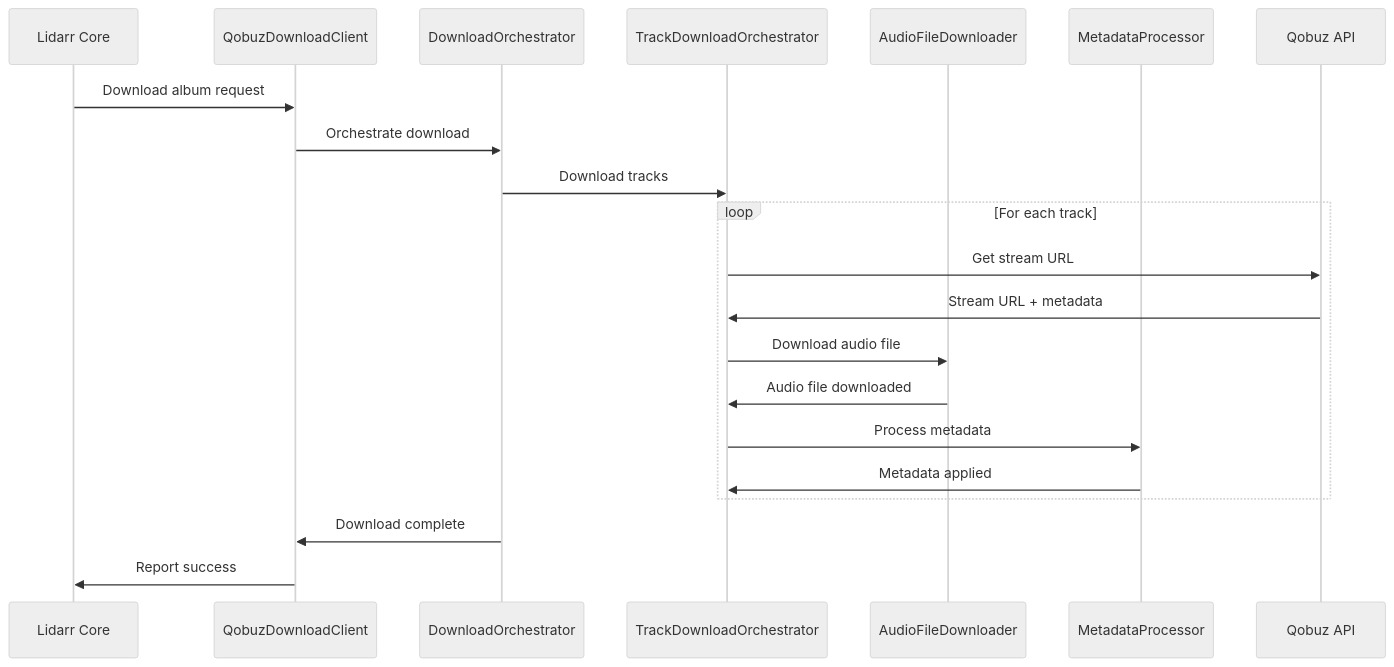
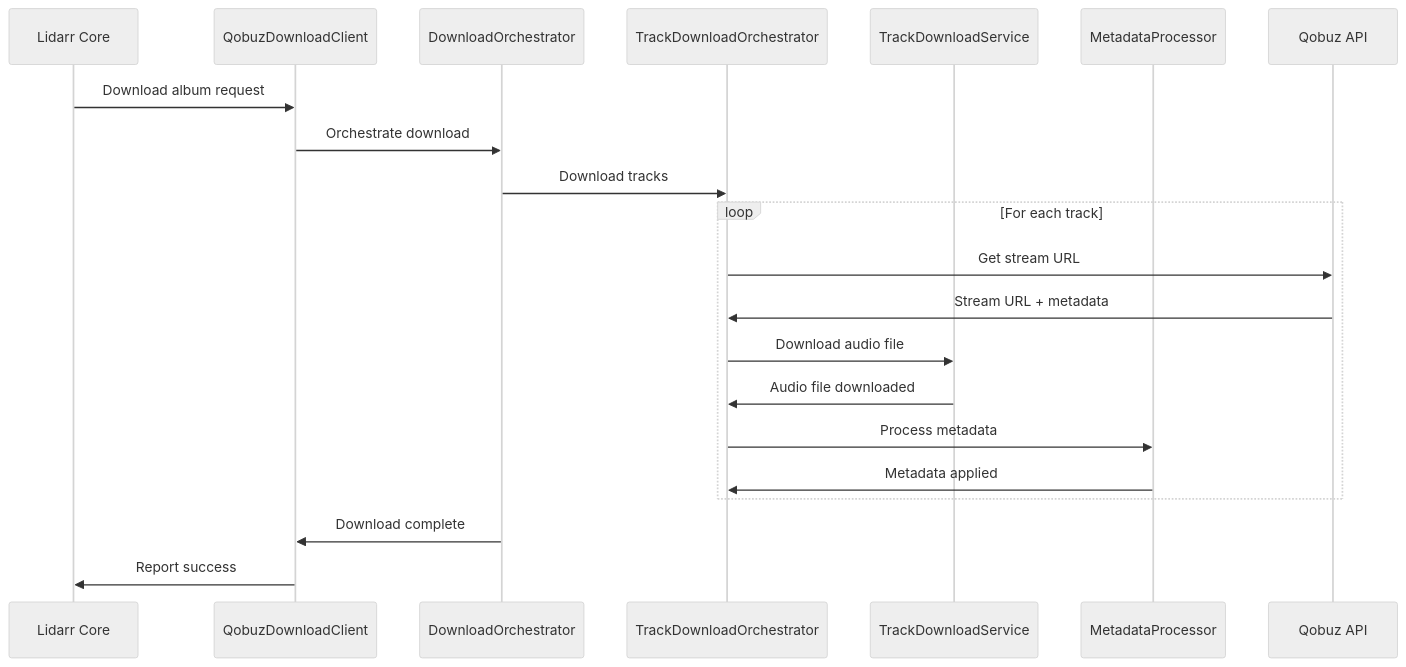
The fifth of 25 diagrams in docs/ARCHITECTURE.md (RicherTunes/Qobuzarr), drawn with Mermaid (neutral theme) before and after one commit. The commit also changed other lines of this file and 3 other files, not shown here.

````diff
--- a/docs/ARCHITECTURE.md
+++ b/docs/ARCHITECTURE.md
@@ -271,26 +271,26 @@
 ```mermaid
 sequenceDiagram
     participant Lidarr as Lidarr Core
     participant QDC as QobuzDownloadClient
     participant DO as DownloadOrchestrator
     participant TDO as TrackDownloadOrchestrator
-    participant AFP as AudioFileDownloader
+    participant TDS as TrackDownloadService
     participant MP as MetadataProcessor
     participant QobuzAPI as Qobuz API
     
     Lidarr->>QDC: Download album request
     QDC->>DO: Orchestrate download
     DO->>TDO: Download tracks
     
     loop For each track
         TDO->>QobuzAPI: Get stream URL
         QobuzAPI->>TDO: Stream URL + metadata
-        TDO->>AFP: Download audio file
-        AFP->>TDO: Audio file downloaded
+        TDO->>TDS: Download audio file
+        TDS->>TDO: Audio file downloaded
         TDO->>MP: Process metadata
         MP->>TDO: Metadata applied
     end
     
     DO->>QDC: Download complete
     QDC->>Lidarr: Report success
 ```
````
